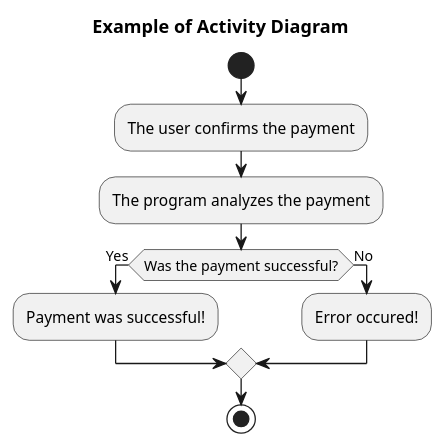
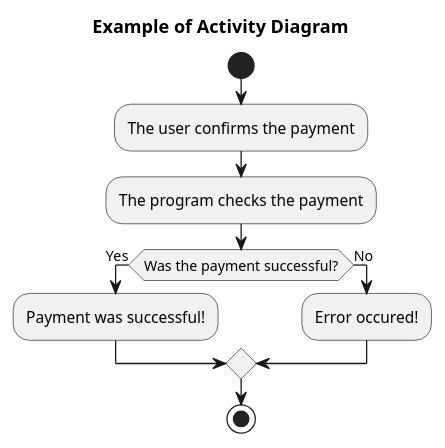
The diagram in 2-SoftwareDesign/2.7-PlantUML/UML-Activity.puml (oleksandrblazhko/ai203-voyakovskij), drawn with PlantUML before and after one commit.

```diff
--- a/2-SoftwareDesign/2.7-PlantUML/UML-Activity.puml
+++ b/2-SoftwareDesign/2.7-PlantUML/UML-Activity.puml
@@ -1,15 +1,15 @@
 @startuml
 
 title Example of Activity Diagram 
 
 start
 :The user confirms the payment;
-:The program analyzes the payment;
+:The program checks the payment;
 if (Was the payment successful?) then (Yes)
   :Payment was successful!;
 else (No)
   :Error occured!;
 endif
 stop
 
 @enduml
```
